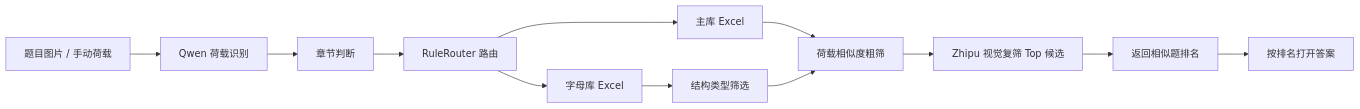
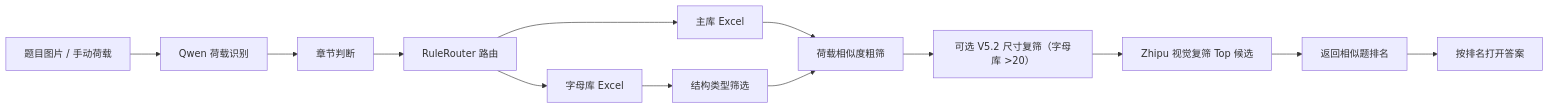
The diagram in README.md (chai11w/structural-mechanics-ai-search), drawn with Mermaid before and after one commit. The commit also changed other lines of this file and 20 other files, not shown here.

````diff
--- a/README.md
+++ b/README.md
@@ -79,14 +79,15 @@
 ```mermaid
 flowchart LR
     A["题目图片 / 手动荷载"] --> B["Qwen 荷载识别"]
     B --> C["章节判断"]
     C --> D["RuleRouter 路由"]
     D --> E["主库 Excel"]
     D --> F["字母库 Excel"]
     F --> G["结构类型筛选"]
     E --> H["荷载相似度粗筛"]
     G --> H
-    H --> I["Zhipu 视觉复筛 Top 候选"]
+    H --> X["可选 V5.2 尺寸复筛（字母库 >20）"]
+    X --> I["Zhipu 视觉复筛 Top 候选"]
     I --> J["返回相似题排名"]
     J --> K["按排名打开答案"]
 ```
````
